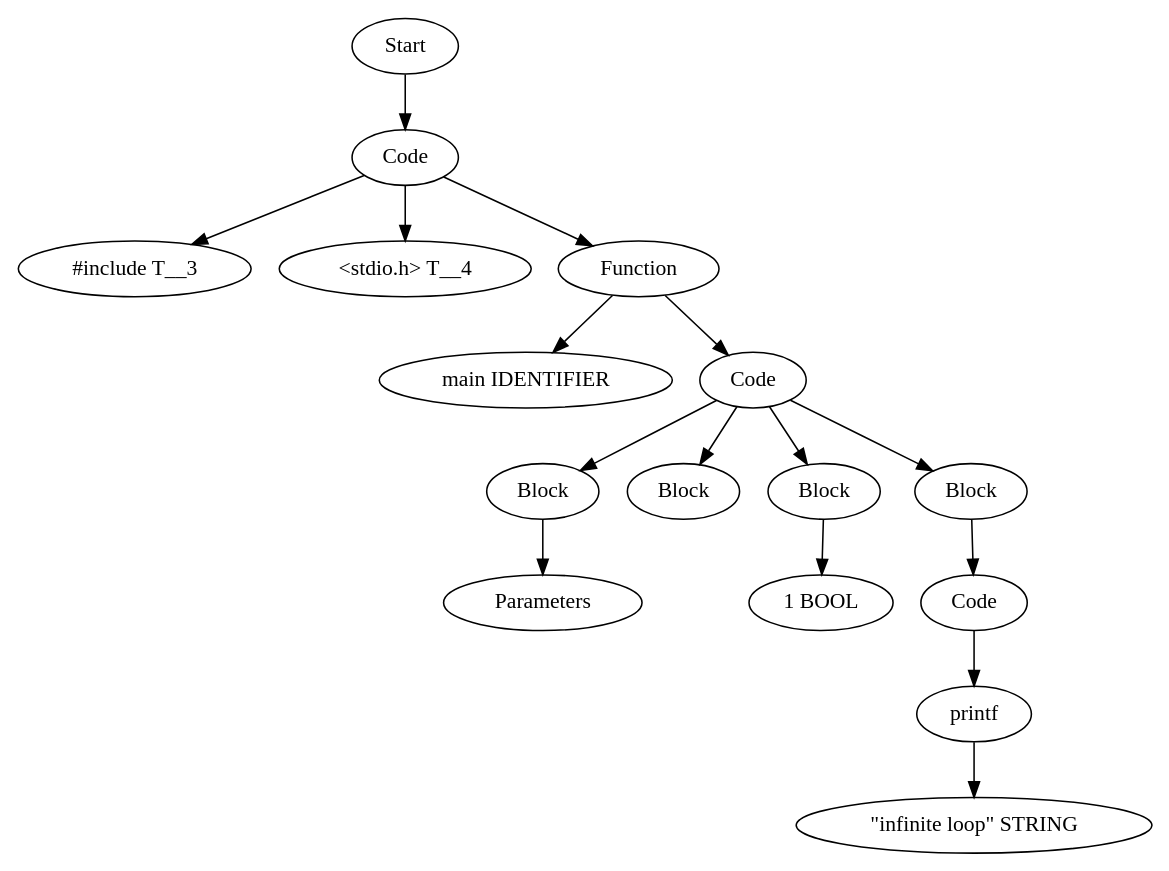
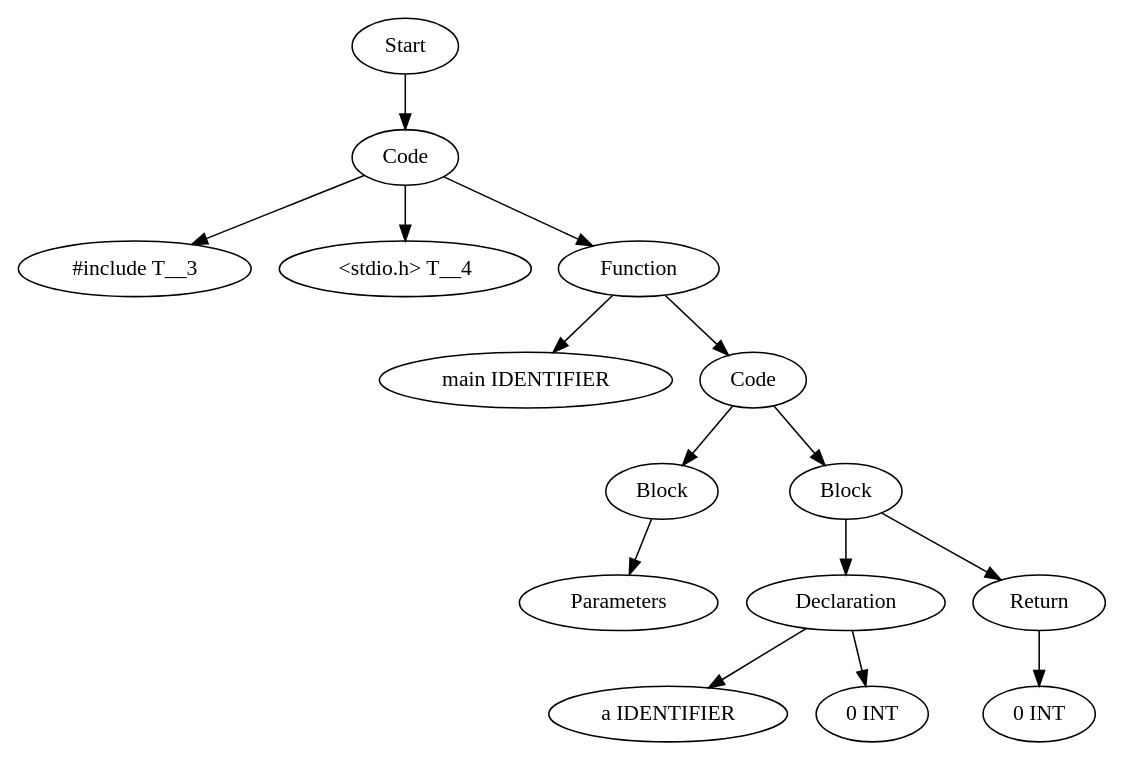
One commit to Are-you-listening/Compilers changed the diagram in TestCases/ASTTests/DeadCodeRemoveTests/createTests/read_file_after.dot. Above: the diagram before and after it, drawn with Graphviz. The commit also changed 280 other files, not shown here.

```diff
--- a/TestCases/ASTTests/DeadCodeRemoveTests/createTests/read_file_after.dot
+++ b/TestCases/ASTTests/DeadCodeRemoveTests/createTests/read_file_after.dot
@@ -1,33 +1,31 @@
 digraph AST {
-  "128795701156304" [label="Start"];
-  "128795701156304" -> "128795701164992";
-  "128795701164992" [label="Code"];
-  "128795701164992" -> "128795701159808";
-  "128795701164992" -> "128795701154816";
-  "128795701164992" -> "128795701158224";
-  "128795701159808" [label="#include T__3"];
-  "128795701154816" [label="<stdio.h> T__4"];
-  "128795701158224" [label="Function"];
-  "128795701158224" -> "128795701164704";
-  "128795701158224" -> "128795701155584";
-  "128795701164704" [label="main IDENTIFIER"];
-  "128795701155584" [label="Code"];
-  "128795701155584" -> "128795701164608";
-  "128795701155584" -> "128795701152656";
-  "128795701155584" -> "128795701160864";
-  "128795701155584" -> "128795701159376";
-  "128795701164608" [label="Block"];
-  "128795701164608" -> "128795701157888";
-  "128795701157888" [label="Parameters"];
-  "128795701152656" [label="Block"];
-  "128795701160864" [label="Block"];
-  "128795701160864" -> "128795701161008";
-  "128795701161008" [label="1 BOOL"];
-  "128795701159376" [label="Block"];
-  "128795701159376" -> "128795701159520";
-  "128795701159520" [label="Code"];
-  "128795701159520" -> "128795701160144";
-  "128795701160144" [label="printf"];
-  "128795701160144" -> "128795701159472";
-  "128795701159472" [label="\"infinite loop\" STRING"];
+  "133868840028672" [label="Start"];
+  "133868840028672" -> "133868840026464";
+  "133868840026464" [label="Code"];
+  "133868840026464" -> "133868840032512";
+  "133868840026464" -> "133868840028288";
+  "133868840026464" -> "133868840027904";
+  "133868840032512" [label="#include T__3"];
+  "133868840028288" [label="<stdio.h> T__4"];
+  "133868840027904" [label="Function"];
+  "133868840027904" -> "133868840035632";
+  "133868840027904" -> "133868840035776";
+  "133868840035632" [label="main IDENTIFIER"];
+  "133868840035776" [label="Code"];
+  "133868840035776" -> "133868840036064";
+  "133868840035776" -> "133868840036448";
+  "133868840036064" [label="Block"];
+  "133868840036064" -> "133868840036256";
+  "133868840036256" [label="Parameters"];
+  "133868840036448" [label="Block"];
+  "133868840036448" -> "133868840036640";
+  "133868840036448" -> "133868840037072";
+  "133868840036640" [label="Declaration"];
+  "133868840036640" -> "133868840036832";
+  "133868840036640" -> "133868840036976";
+  "133868840036832" [label="a IDENTIFIER"];
+  "133868840036976" [label="0 INT"];
+  "133868840037072" [label="Return"];
+  "133868840037072" -> "133868840037264";
+  "133868840037264" [label="0 INT"];
 }
```
